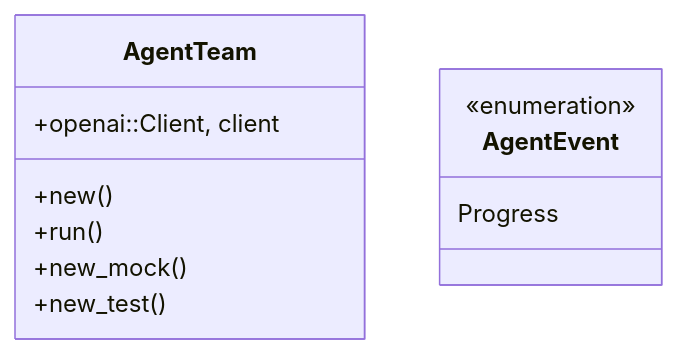
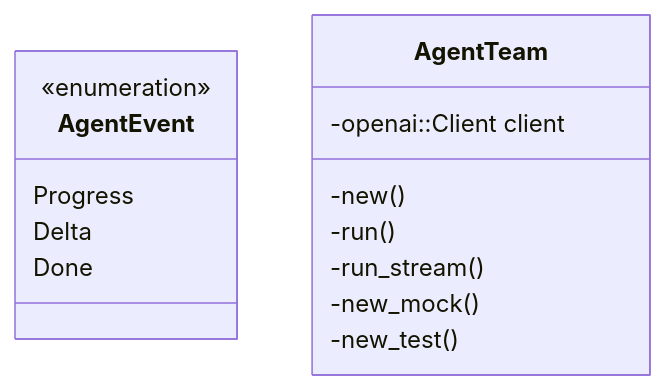
The first of 2 diagrams in openwiki/modules/src/domain/agent/team.md (lgcorzo/fastapi-autogen-team), drawn with Mermaid before and after one commit. The commit also changed other lines of this file and 33 other files, not shown here.

Commit message:
Fix PlantUML syntax, missing diagrams, and link formatting in doc generator

````diff
--- a/openwiki/modules/src/domain/agent/team.md
+++ b/openwiki/modules/src/domain/agent/team.md
@@ -37,15 +37,18 @@
 ```mermaid
 classDiagram
     direction BT
-    class AgentTeam {
-        +openai::Client, client
-        +new()
-        +run()
-        +new_mock()
-        +new_test()
-    }
     class AgentEvent {
         <<enumeration>>
         Progress
+        Delta
+        Done
+    }
+    class AgentTeam {
+        -openai::Client client
+        -new()
+        -run()
+        -run_stream()
+        -new_mock()
+        -new_test()
     }
 ```
````
